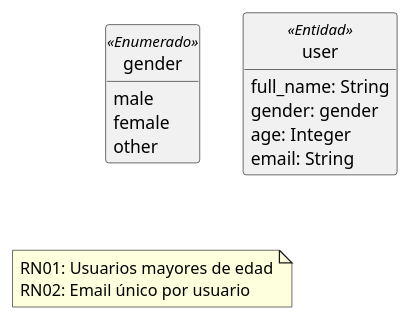
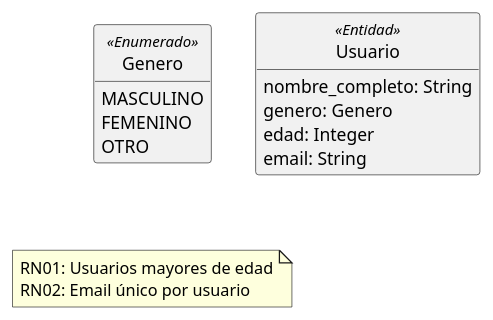
Before and after one commit to IISSI-US/silence-db: the diagram in Usuarios/sql/diagrams.puml, drawn with PlantUML. The commit also changed 29 other files, not shown here.

```diff
--- a/Usuarios/sql/diagrams.puml
+++ b/Usuarios/sql/diagrams.puml
@@ -1,25 +1,25 @@
-@startuml users-er
+@startuml usuarios-er
 
     hide circle
     hide empty members
 
-    Enum gender << Enumerado >> {
-        male
-        female
-        other
+    Enum Genero << Enumerado >> {
+        MASCULINO
+        FEMENINO
+        OTRO
     }
 
-    Class user << Entidad >> {
-        full_name: String
-        gender: gender
-        age: Integer
+    Class Usuario << Entidad >> {
+        nombre_completo: String
+        genero: Genero
+        edad: Integer
         email: String
     }
 
     ' Restricciones de negocio
     Note as rn
         RN01: Usuarios mayores de edad
         RN02: Email único por usuario
     End Note
 
 @enduml
```
